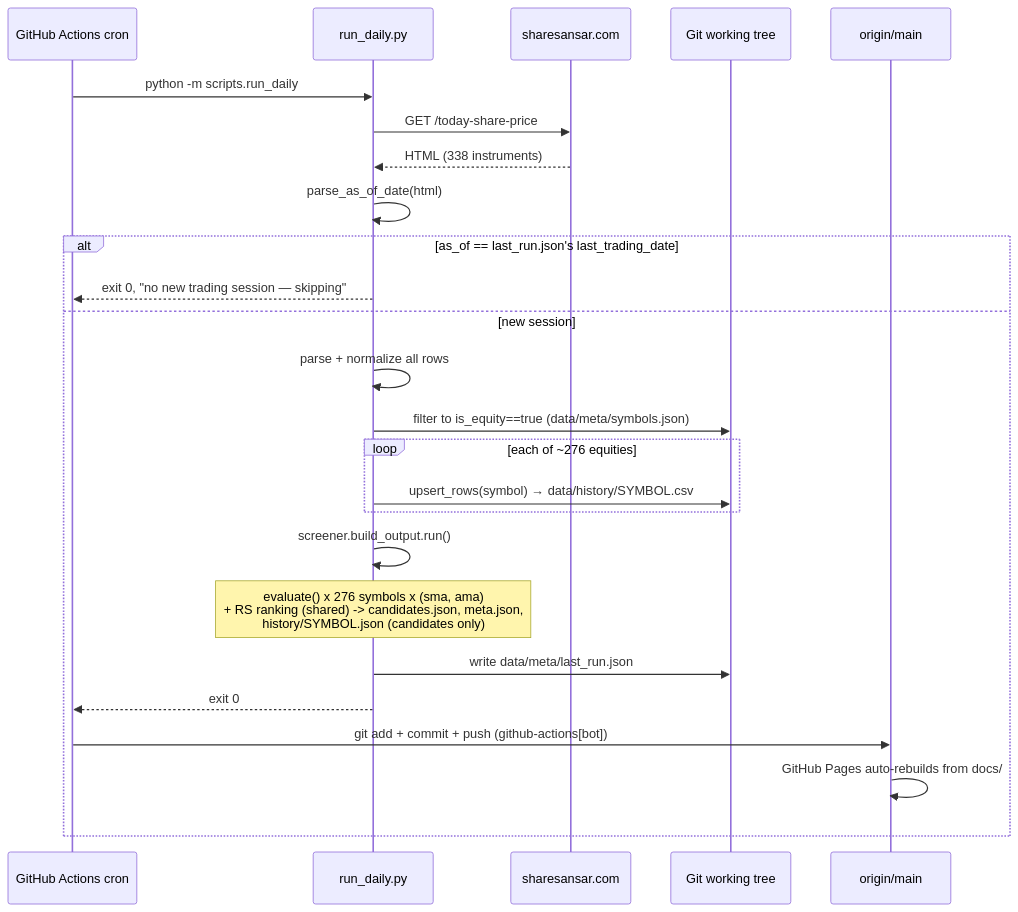
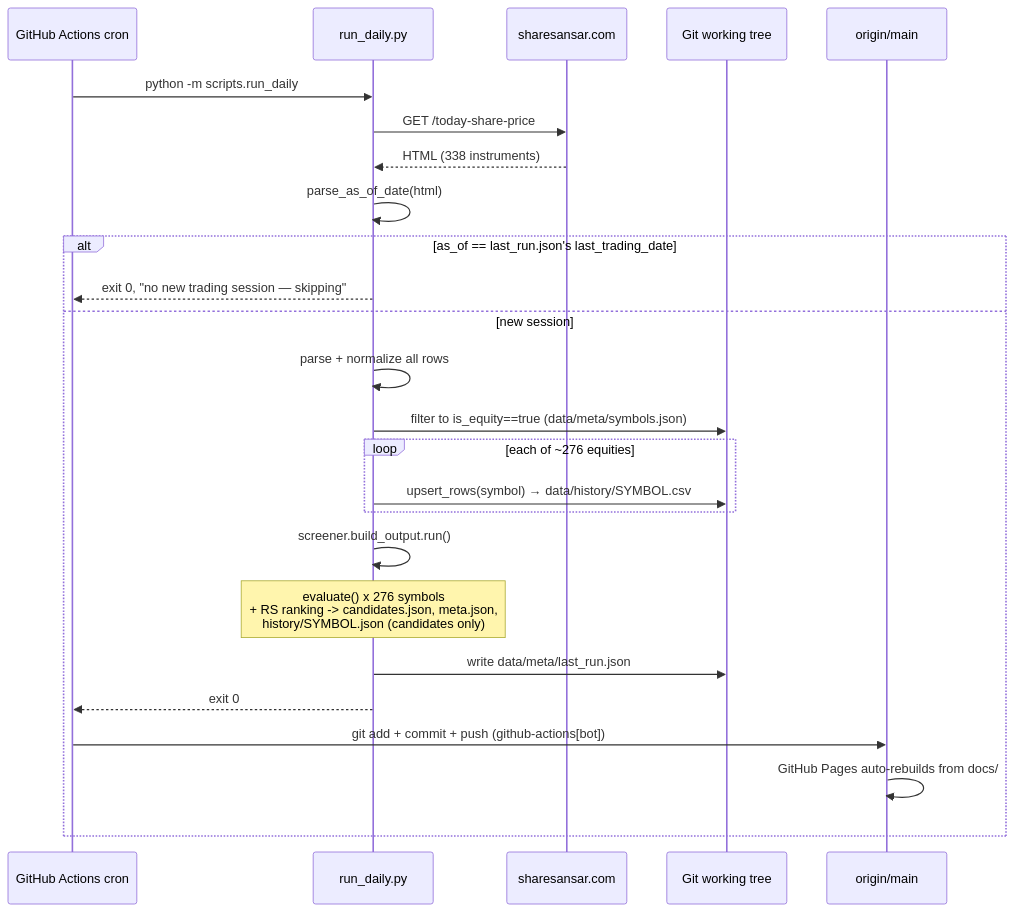
One commit to Sujangyawali/nepse-stage2-screener changed the second of 2 diagrams in TECHNICAL_DESIGN.md. Above: the diagram before and after it, drawn with Mermaid. The commit also changed other lines of this file and 59 other files, not shown here.

````diff
--- a/TECHNICAL_DESIGN.md
+++ b/TECHNICAL_DESIGN.md
@@ -111,28 +111,28 @@
 ```mermaid
 sequenceDiagram
     participant Cron as GitHub Actions cron
     participant Runner as run_daily.py
     participant SS as sharesansar.com
     participant FS as Git working tree
     participant Git as origin/main
 
     Cron->>Runner: python -m scripts.run_daily
     Runner->>SS: GET /today-share-price
     SS-->>Runner: HTML (338 instruments)
     Runner->>Runner: parse_as_of_date(html)
     alt as_of == last_run.json's last_trading_date
         Runner-->>Cron: exit 0, "no new trading session — skipping"
     else new session
         Runner->>Runner: parse + normalize all rows
         Runner->>FS: filter to is_equity==true (data/meta/symbols.json)
         loop each of ~276 equities
             Runner->>FS: upsert_rows(symbol) → data/history/SYMBOL.csv
         end
         Runner->>Runner: screener.build_output.run()
-        Note over Runner: evaluate() x 276 symbols x (sma, ama)<br/>+ RS ranking (shared) -> candidates.json, meta.json,<br/>history/SYMBOL.json (candidates only)
+        Note over Runner: evaluate() x 276 symbols<br/>+ RS ranking -> candidates.json, meta.json,<br/>history/SYMBOL.json (candidates only)
         Runner->>FS: write data/meta/last_run.json
         Runner-->>Cron: exit 0
         Cron->>Git: git add + commit + push (github-actions[bot])
         Git->>Git: GitHub Pages auto-rebuilds from docs/
     end
 ```
````
